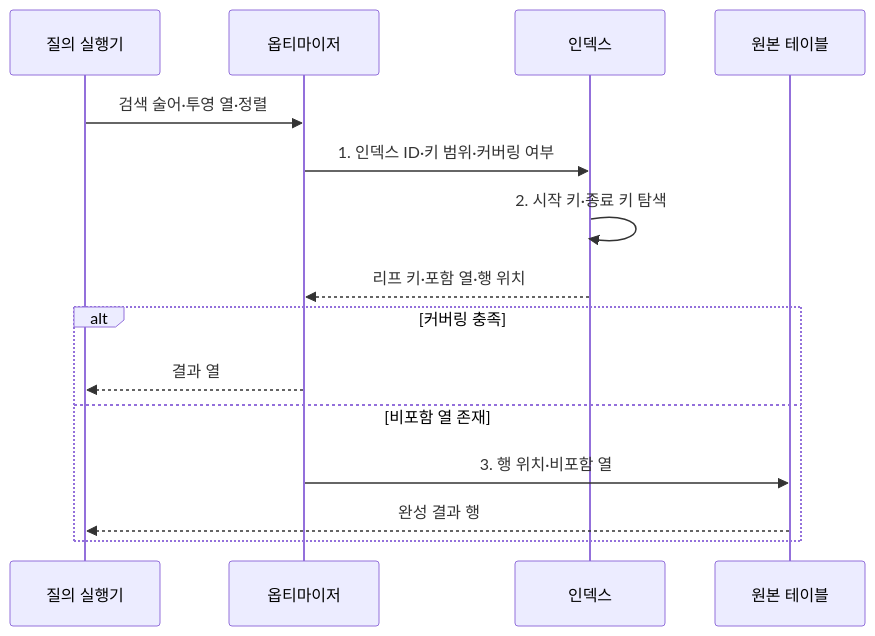
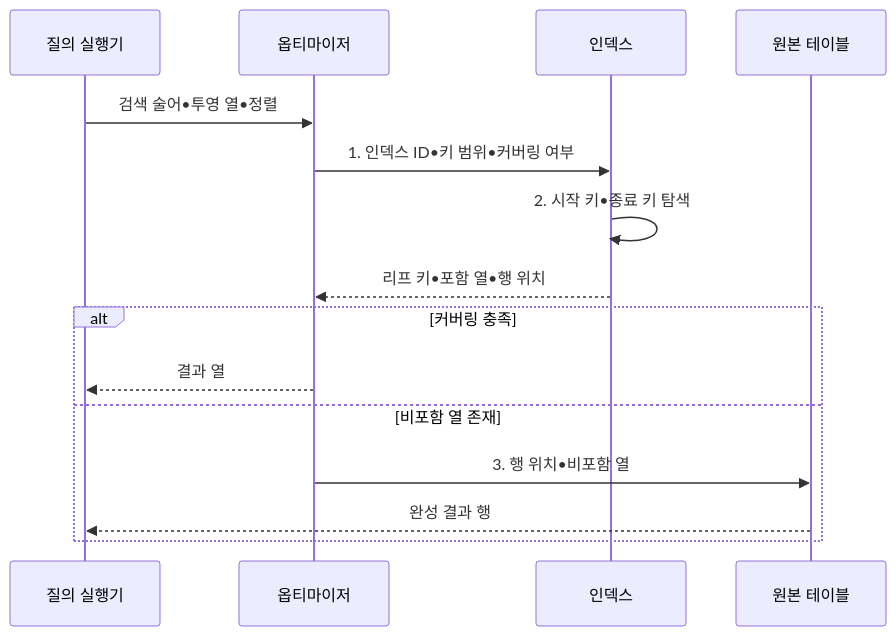
The second of 2 diagrams in src/content/docs/notes/03-software/094_clustered_covering_index.md (agnusdei1207/knowledge-base), drawn with Mermaid before and after one commit. The commit also changed other lines of this file and 953 other files, not shown here.

````diff
--- a/src/content/docs/notes/03-software/094_clustered_covering_index.md
+++ b/src/content/docs/notes/03-software/094_clustered_covering_index.md
@@ -105,17 +105,17 @@
 ```mermaid
 sequenceDiagram
     participant Q as 질의 실행기
     participant O as 옵티마이저
     participant I as 인덱스
     participant T as 원본 테이블
-    Q->>O: 검색 술어·투영 열·정렬
-    O->>I: 1. 인덱스 ID·키 범위·커버링 여부
-    I->>I: 2. 시작 키·종료 키 탐색
-    I-->>O: 리프 키·포함 열·행 위치
+    Q->>O: 검색 술어•투영 열•정렬
+    O->>I: 1. 인덱스 ID•키 범위•커버링 여부
+    I->>I: 2. 시작 키•종료 키 탐색
+    I-->>O: 리프 키•포함 열•행 위치
     alt 커버링 충족
         O-->>Q: 결과 열
     else 비포함 열 존재
-        O->>T: 3. 행 위치·비포함 열
+        O->>T: 3. 행 위치•비포함 열
         T-->>Q: 완성 결과 행
     end
 ```
````
